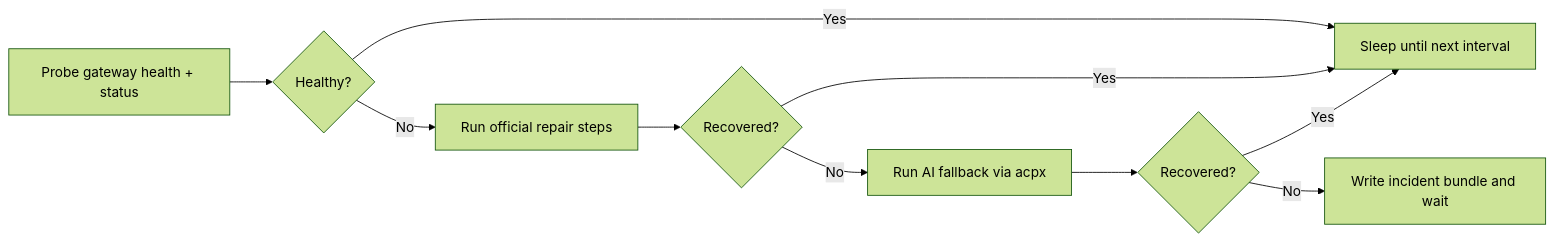
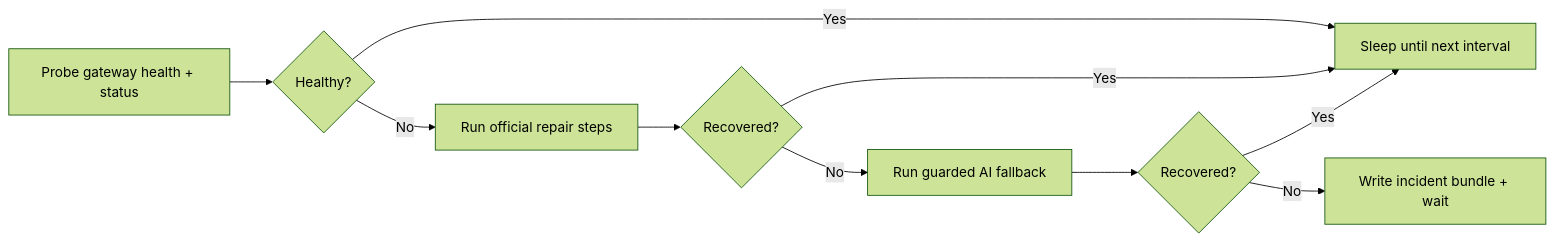
Before and after one commit to bit-cook/fix-my-claw: the diagram in README.md, drawn with Mermaid (forest theme). The commit also changed other lines of this file and 1 other file, not shown here.

````diff
--- a/README.md
+++ b/README.md
@@ -16,12 +18,12 @@
 ```mermaid
 flowchart LR
   A["Probe gateway health + status"] --> B{"Healthy?"}
   B -->|"Yes"| C["Sleep until next interval"]
   B -->|"No"| D["Run official repair steps"]
   D --> E{"Recovered?"}
   E -->|"Yes"| C
-  E -->|"No"| F["Run AI fallback via acpx"]
+  E -->|"No"| F["Run guarded AI fallback"]
   F --> G{"Recovered?"}
   G -->|"Yes"| C
-  G -->|"No"| H["Write incident bundle and wait"]
+  G -->|"No"| H["Write incident bundle + wait"]
 ```
````
